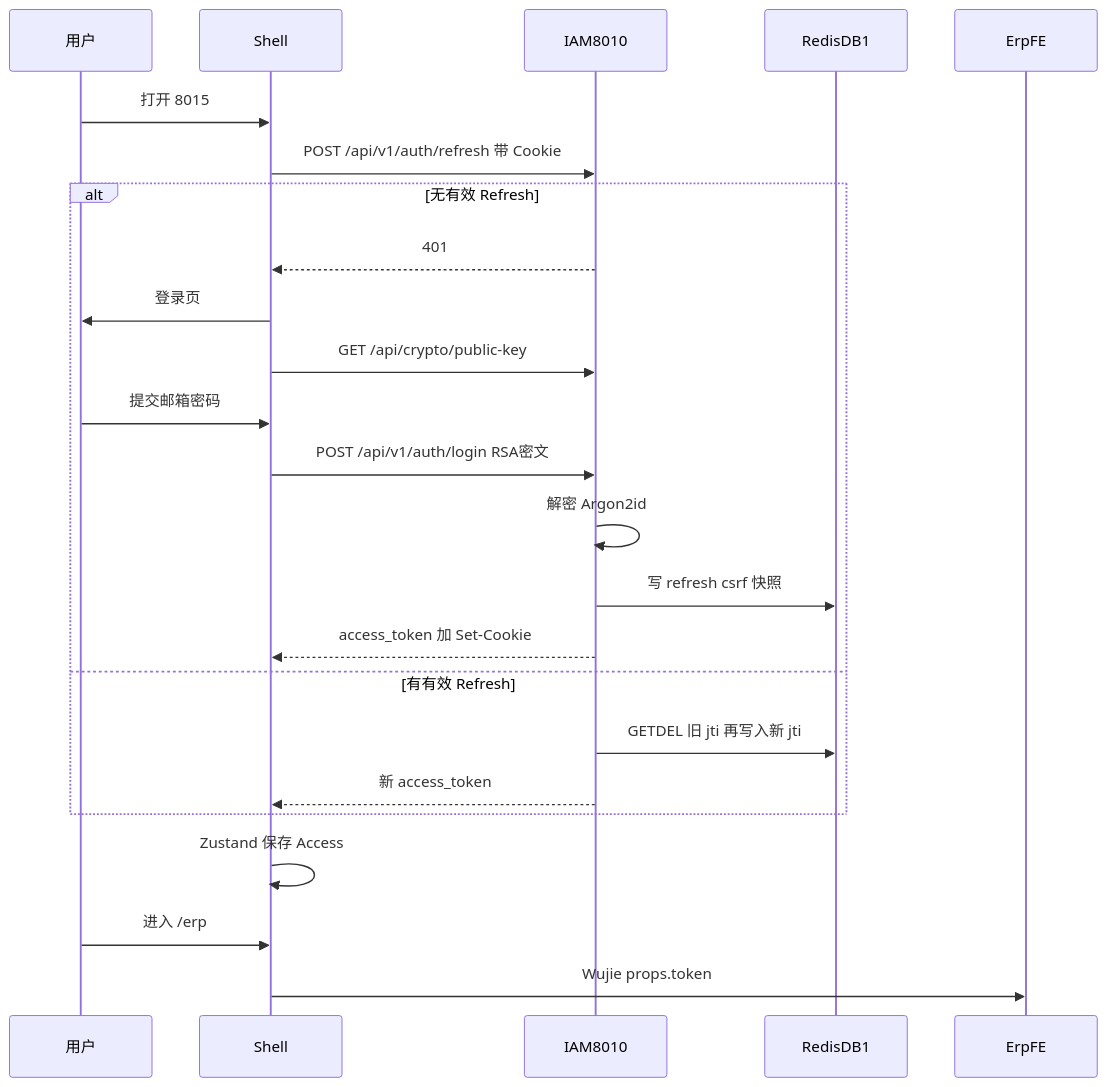
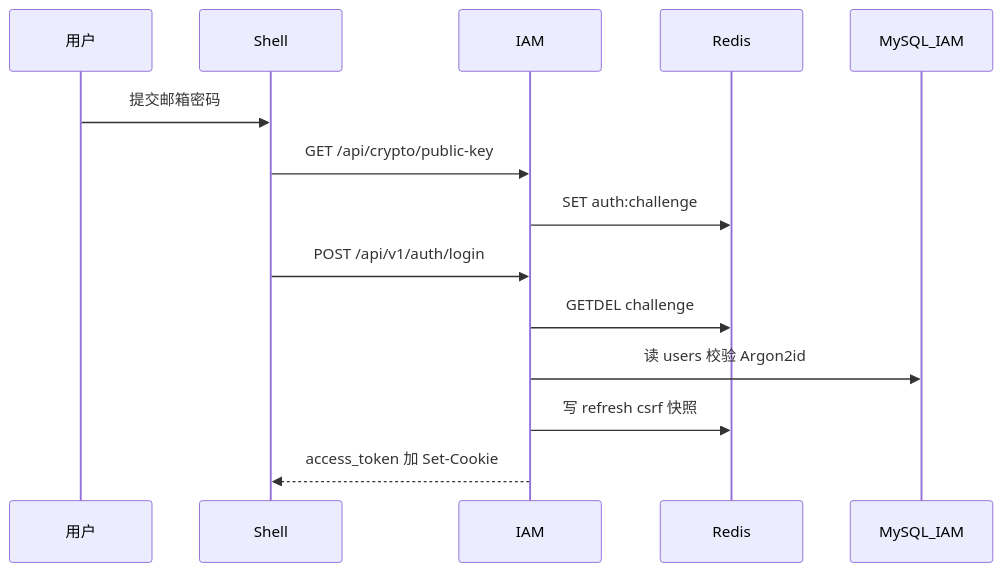
The second of 6 diagrams in docs/architecture/iam-authentication-authorization-guide.md (huochaigg/neorvion-erp), drawn with Mermaid before and after one commit. The commit also changed other lines of this file and 2 other files, not shown here.

Commit message:
docs(iam): Neorvion IAM V1 架构手册 深度完善和优化

````diff
--- a/docs/architecture/iam-authentication-authorization-guide.md
+++ b/docs/architecture/iam-authentication-authorization-guide.md
@@ -238,25 +168,16 @@
 ```mermaid
 sequenceDiagram
   participant User as 用户
   participant Shell as Shell
-  participant IAM as IAM8010
-  participant Redis as RedisDB1
-  User->>Shell: 打开 8015
-  Shell->>IAM: POST /api/v1/auth/refresh 带 Cookie
-  alt 无有效 Refresh
-    IAM-->>Shell: 401
-    Shell->>User: 登录页
-    Shell->>IAM: GET /api/crypto/public-key
-    User->>Shell: 提交邮箱密码
-    Shell->>IAM: POST /api/v1/auth/login RSA密文
-    IAM->>IAM: 解密 Argon2id
-    IAM->>Redis: 写 refresh csrf 快照
-    IAM-->>Shell: access_token 加 Set-Cookie
-  else 有有效 Refresh
-    IAM->>Redis: GETDEL 旧 jti 再写入新 jti
-    IAM-->>Shell: 新 access_token
-  end
-  Shell->>Shell: Zustand 保存 Access
-  User->>Shell: 进入 /erp
-  Shell->>ErpFE: Wujie props.token
+  participant IAM as IAM
+  participant Redis as Redis
+  participant DB as MySQL_IAM
+  User->>Shell: 提交邮箱密码
+  Shell->>IAM: GET /api/crypto/public-key
+  IAM->>Redis: SET auth:challenge
+  Shell->>IAM: POST /api/v1/auth/login
+  IAM->>Redis: GETDEL challenge
+  IAM->>DB: 读 users 校验 Argon2id
+  IAM->>Redis: 写 refresh csrf 快照
+  IAM-->>Shell: access_token 加 Set-Cookie
 ```
````
